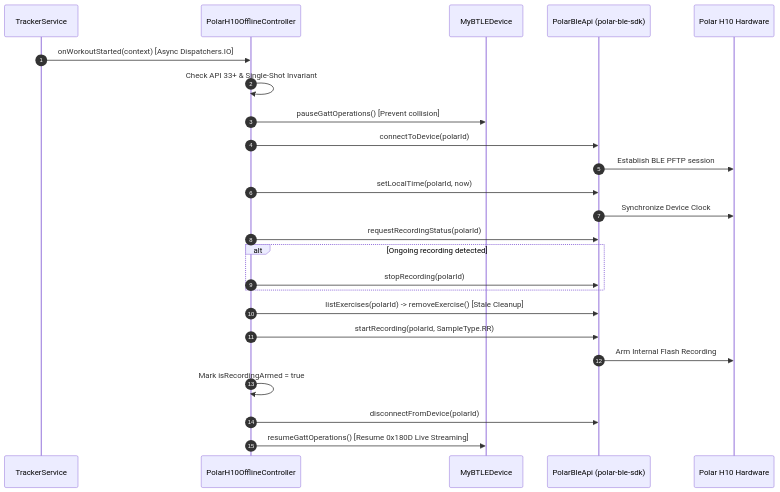
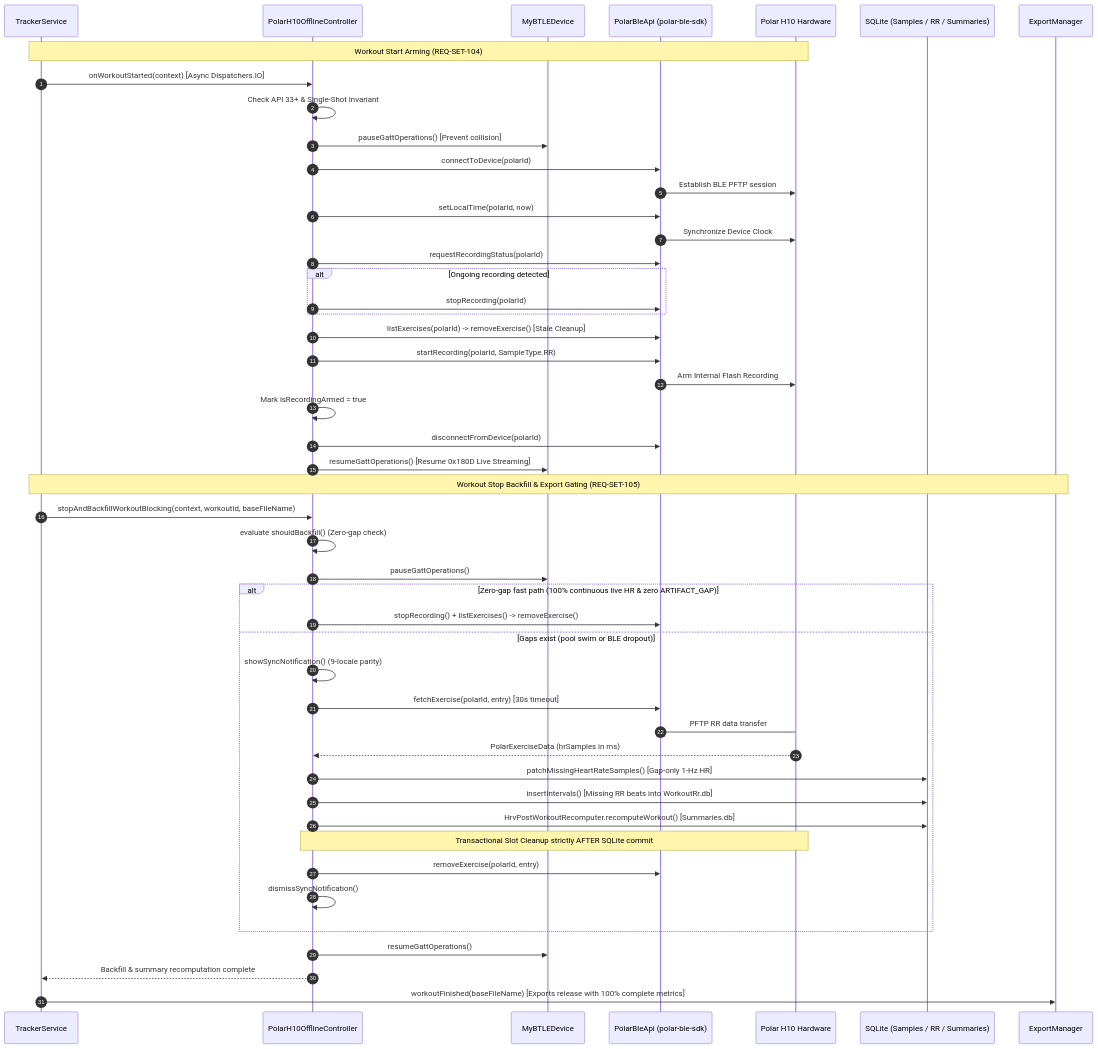
One commit to rainerblind/aTrainingTracker changed the fifth of 5 diagrams in docs/architecture.md. Above: the diagram before and after it, drawn with Mermaid. The commit also changed other lines of this file and 24 other files, not shown here.

Commit message:
ATT-7918: Backfill Polar H10 stored HR and RR intervals on workout stop before automatic exports

````diff
--- a/docs/architecture.md
+++ b/docs/architecture.md
@@ -173,27 +175,52 @@
 ```mermaid
 sequenceDiagram
     autonumber
     participant TS as TrackerService
     participant PC as PolarH10OfflineController
     participant MD as MyBTLEDevice
     participant SDK as PolarBleApi (polar-ble-sdk)
     participant H10 as Polar H10 Hardware
+    participant DB as SQLite (Samples / RR / Summaries)
+    participant EXP as ExportManager
 
+    Note over TS,H10: Workout Start Arming (REQ-SET-104)
     TS->>PC: onWorkoutStarted(context) [Async Dispatchers.IO]
     PC->>PC: Check API 33+ & Single-Shot Invariant
     PC->>MD: pauseGattOperations() [Prevent collision]
     PC->>SDK: connectToDevice(polarId)
     SDK->>H10: Establish BLE PFTP session
     PC->>SDK: setLocalTime(polarId, now)
     SDK->>H10: Synchronize Device Clock
     PC->>SDK: requestRecordingStatus(polarId)
     alt Ongoing recording detected
         PC->>SDK: stopRecording(polarId)
     end
     PC->>SDK: listExercises(polarId) -> removeExercise() [Stale Cleanup]
     PC->>SDK: startRecording(polarId, SampleType.RR)
     SDK->>H10: Arm Internal Flash Recording
     PC->>PC: Mark isRecordingArmed = true
     PC->>SDK: disconnectFromDevice(polarId)
     PC->>MD: resumeGattOperations() [Resume 0x180D Live Streaming]
+
+    Note over TS,EXP: Workout Stop Backfill & Export Gating (REQ-SET-105)
+    TS->>PC: stopAndBackfillWorkoutBlocking(context, workoutId, baseFileName)
+    PC->>PC: evaluate shouldBackfill() (Zero-gap check)
+    PC->>MD: pauseGattOperations()
+    alt Zero-gap fast path (100% continuous live HR & zero ARTIFACT_GAP)
+        PC->>SDK: stopRecording() + listExercises() -> removeExercise()
+    else Gaps exist (pool swim or BLE dropout)
+        PC->>PC: showSyncNotification() (9-locale parity)
+        PC->>SDK: fetchExercise(polarId, entry) [30s timeout]
+        SDK->H10: PFTP RR data transfer
+        H10-->>PC: PolarExerciseData (hrSamples in ms)
+        PC->>DB: patchMissingHeartRateSamples() [Gap-only 1-Hz HR]
+        PC->>DB: insertIntervals() [Missing RR beats into WorkoutRr.db]
+        PC->>DB: HrvPostWorkoutRecomputer.recomputeWorkout() [Summaries.db]
+        Note over PC,H10: Transactional Slot Cleanup strictly AFTER SQLite commit
+        PC->>SDK: removeExercise(polarId, entry)
+        PC->>PC: dismissSyncNotification()
+    end
+    PC->>MD: resumeGattOperations()
+    PC-->>TS: Backfill & summary recomputation complete
+    TS->>EXP: workoutFinished(baseFileName) [Exports release with 100% complete metrics]
 ```
````
